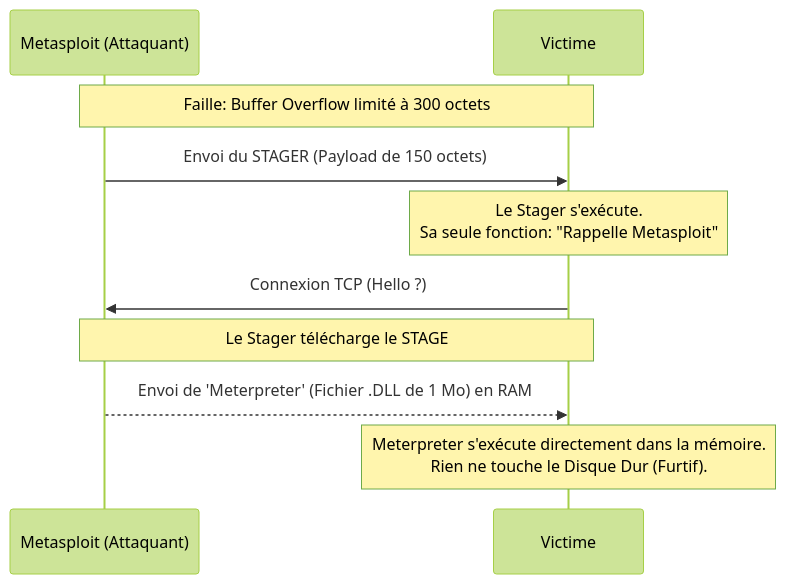
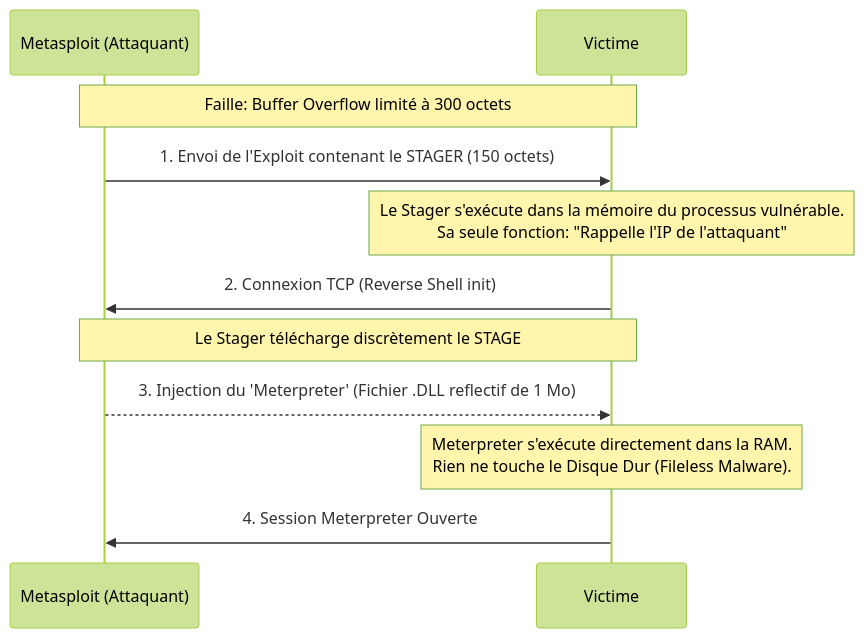
Before and after one commit to zyrass/omnydocs: the second of 2 diagrams in docs/cyber/tools/exploit/metasploit.md, drawn with Mermaid (forest theme). The commit also changed other lines of this file and 1780 other files, not shown here.

````diff
--- a/docs/cyber/tools/exploit/metasploit.md
+++ b/docs/cyber/tools/exploit/metasploit.md
@@ -63,16 +64,17 @@
 ```mermaid
 sequenceDiagram
     participant M as Metasploit (Attaquant)
     participant V as Victime
     
     Note over M,V: Faille: Buffer Overflow limité à 300 octets
     
-    M->>V: Envoi du STAGER (Payload de 150 octets)
-    Note over V: Le Stager s'exécute.<br>Sa seule fonction: "Rappelle Metasploit"
-    V->>M: Connexion TCP (Hello ?)
+    M->>V: 1. Envoi de l'Exploit contenant le STAGER (150 octets)
+    Note over V: Le Stager s'exécute dans la mémoire du processus vulnérable.<br>Sa seule fonction: "Rappelle l'IP de l'attaquant"
+    V->>M: 2. Connexion TCP (Reverse Shell init)
     
-    Note over M,V: Le Stager télécharge le STAGE
-    M-->>V: Envoi de 'Meterpreter' (Fichier .DLL de 1 Mo) en RAM
+    Note over M,V: Le Stager télécharge discrètement le STAGE
+    M-->>V: 3. Injection du 'Meterpreter' (Fichier .DLL reflectif de 1 Mo)
     
-    Note over V: Meterpreter s'exécute directement dans la mémoire.<br>Rien ne touche le Disque Dur (Furtif).
+    Note over V: Meterpreter s'exécute directement dans la RAM.<br>Rien ne touche le Disque Dur (Fileless Malware).
+    V->>M: 4. Session Meterpreter Ouverte
 ```
````
